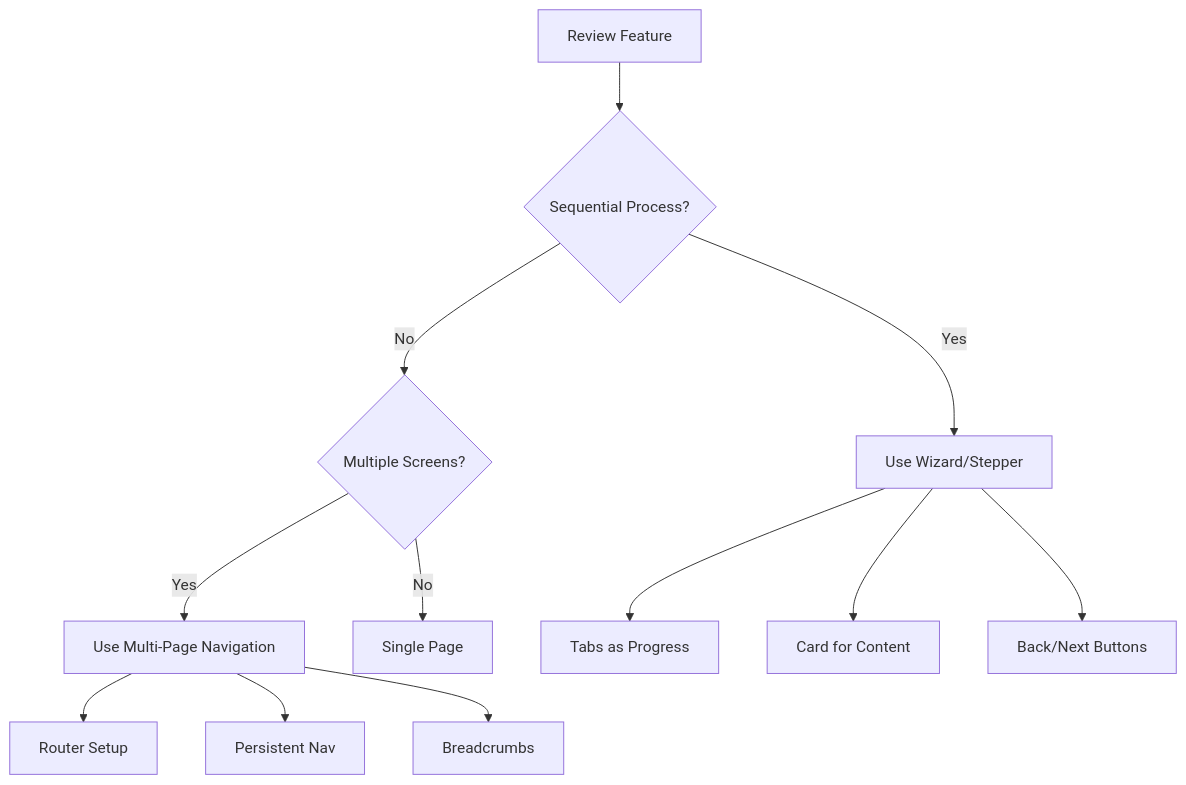
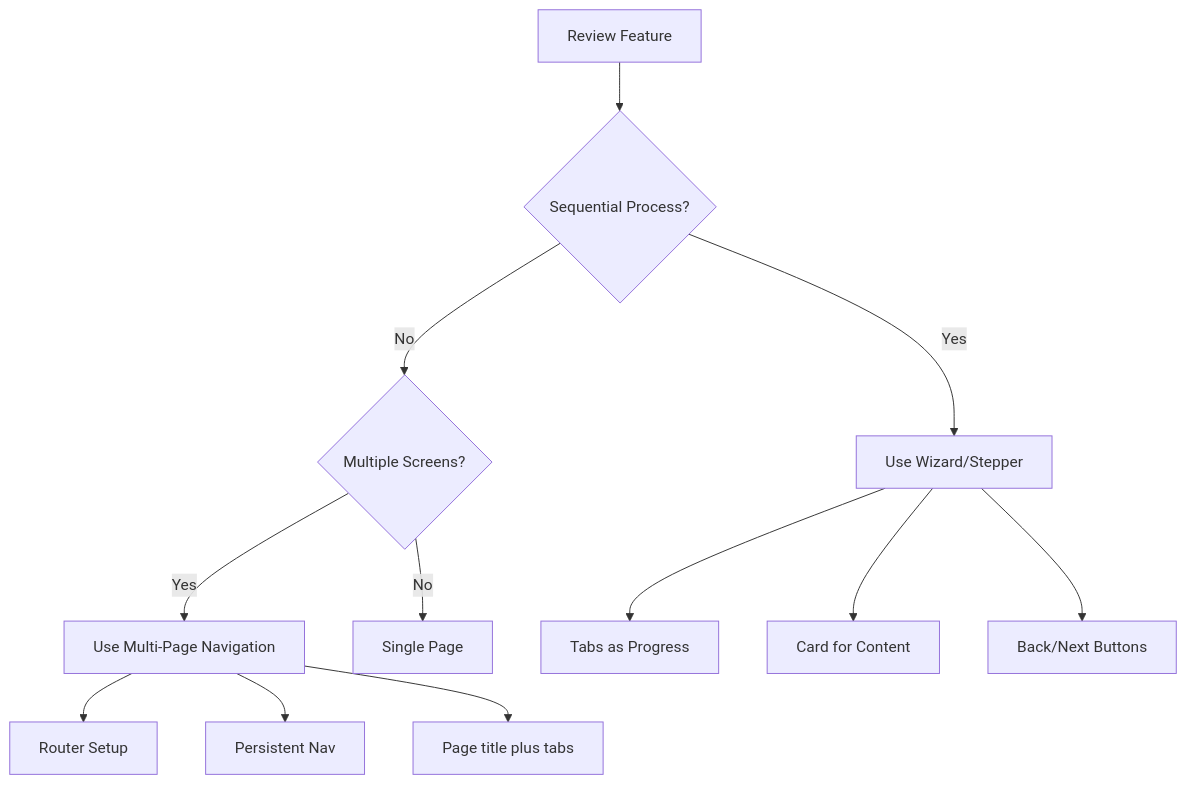
Before and after one commit to denhamd2/pm-agent-mirror: the diagram in design/README.md, drawn with Mermaid. The commit also changed other lines of this file and 82 other files, not shown here.

First line of the commit message:
Sync workspace: design prototypes, Figma capture flow, rules, GCC research & PRDs

````diff
--- a/design/README.md
+++ b/design/README.md
@@ -71,16 +112,16 @@
 ```mermaid
 graph TD
     A[Review Feature] --> B{Sequential Process?}
     B -->|Yes| C[Use Wizard/Stepper]
     B -->|No| D{Multiple Screens?}
     D -->|Yes| E[Use Multi-Page Navigation]
     D -->|No| F[Single Page]
     
     C --> G[Tabs as Progress]
     C --> H[Card for Content]
     C --> I[Back/Next Buttons]
     
     E --> J[Router Setup]
     E --> K[Persistent Nav]
-    E --> L[Breadcrumbs]
+    E --> L[Page title plus tabs]
 ```
````
